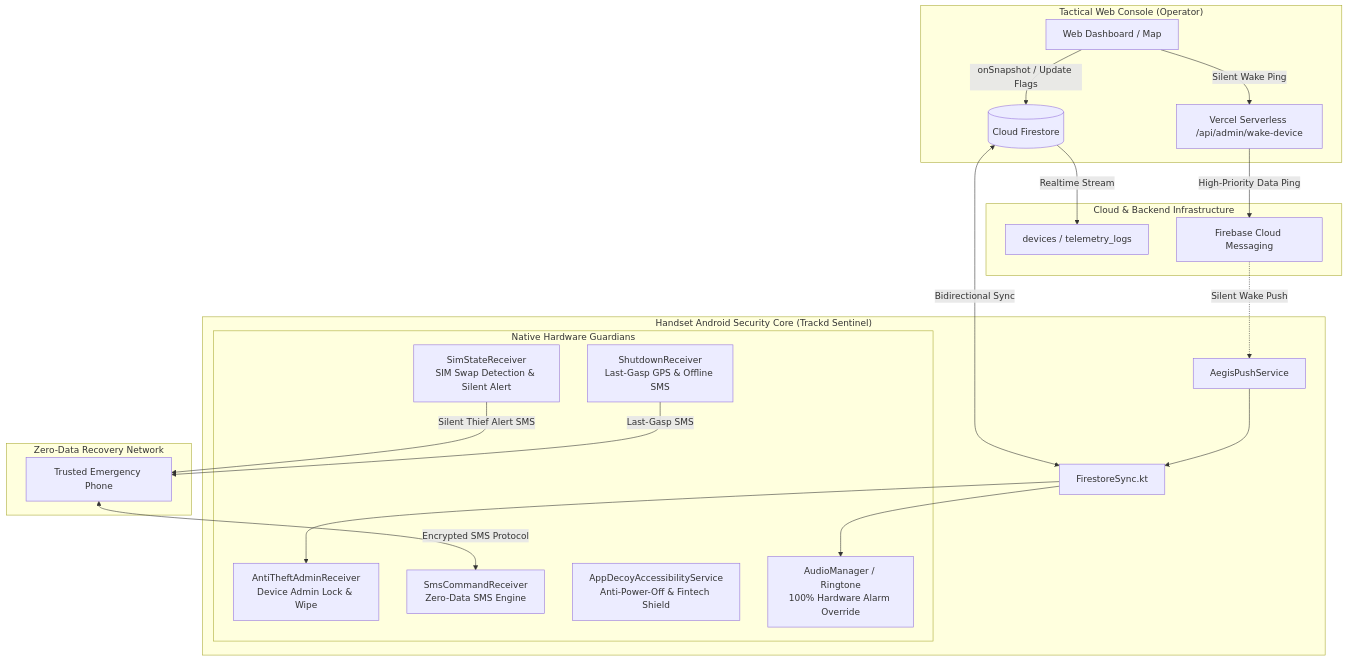
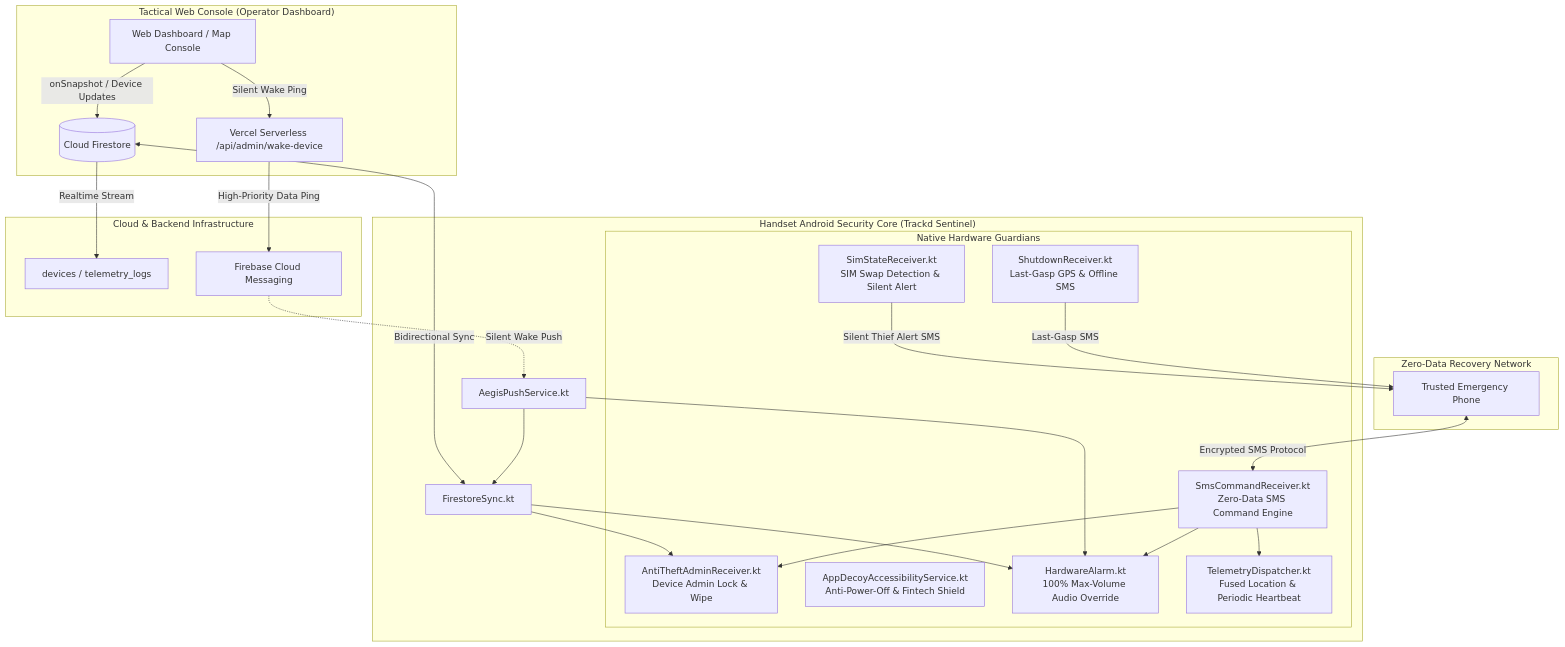
One commit to kingenious0/trackd changed the diagram in README.md. Above: the diagram before and after it, drawn with Mermaid. The commit also changed other lines of this file, not shown here.

Commit message:
docs: expand README with comprehensive threat scenarios, system architecture, and SMS command matrix

````diff
--- a/README.md
+++ b/README.md
@@ -28,36 +35,41 @@
 ```mermaid
 graph TD
-    subgraph "Tactical Web Console (Operator)"
-        WC[Web Dashboard / Map] -->|onSnapshot / Update Flags| FS[(Cloud Firestore)]
+    subgraph "Tactical Web Console (Operator Dashboard)"
+        WC[Web Dashboard / Map Console] -->|onSnapshot / Device Updates| FS[(Cloud Firestore)]
         WC -->|Silent Wake Ping| VFN[Vercel Serverless /api/admin/wake-device]
     end
 
     subgraph "Cloud & Backend Infrastructure"
         FS -->|Realtime Stream| DBL[devices / telemetry_logs]
         VFN -->|High-Priority Data Ping| FCM[Firebase Cloud Messaging]
     end
 
     subgraph "Handset Android Security Core (Trackd Sentinel)"
-        FCM -.->|Silent Wake Push| APS[AegisPushService]
+        FCM -.->|Silent Wake Push| APS[AegisPushService.kt]
         FS <-->|Bidirectional Sync| FSS[FirestoreSync.kt]
         
         subgraph "Native Hardware Guardians"
-            DAR[AntiTheftAdminReceiver<br/>Device Admin Lock & Wipe]
-            SDR[ShutdownReceiver<br/>Last-Gasp GPS & Offline SMS]
-            SSR[SimStateReceiver<br/>SIM Swap Detection & Silent Alert]
-            SMR[SmsCommandReceiver<br/>Zero-Data SMS Engine]
-            ADE[AppDecoyAccessibilityService<br/>Anti-Power-Off & Fintech Shield]
-            AUD[AudioManager / Ringtone<br/>100% Hardware Alarm Override]
+            DAR[AntiTheftAdminReceiver.kt<br/>Device Admin Lock & Wipe]
+            SDR[ShutdownReceiver.kt<br/>Last-Gasp GPS & Offline SMS]
+            SSR[SimStateReceiver.kt<br/>SIM Swap Detection & Silent Alert]
+            SMR[SmsCommandReceiver.kt<br/>Zero-Data SMS Command Engine]
+            ADE[AppDecoyAccessibilityService.kt<br/>Anti-Power-Off & Fintech Shield]
+            HA[HardwareAlarm.kt<br/>100% Max-Volume Audio Override]
+            TD[TelemetryDispatcher.kt<br/>Fused Location & Periodic Heartbeat]
         end
         
         FSS --> DAR
-        FSS --> AUD
+        FSS --> HA
+        APS --> HA
         APS --> FSS
+        SMR --> HA
+        SMR --> DAR
+        SMR --> TD
     end
 
     subgraph "Zero-Data Recovery Network"
         EP[Trusted Emergency Phone] <-->|Encrypted SMS Protocol| SMR
         SSR -->|Silent Thief Alert SMS| EP
         SDR -->|Last-Gasp SMS| EP
     end
 ```
````
